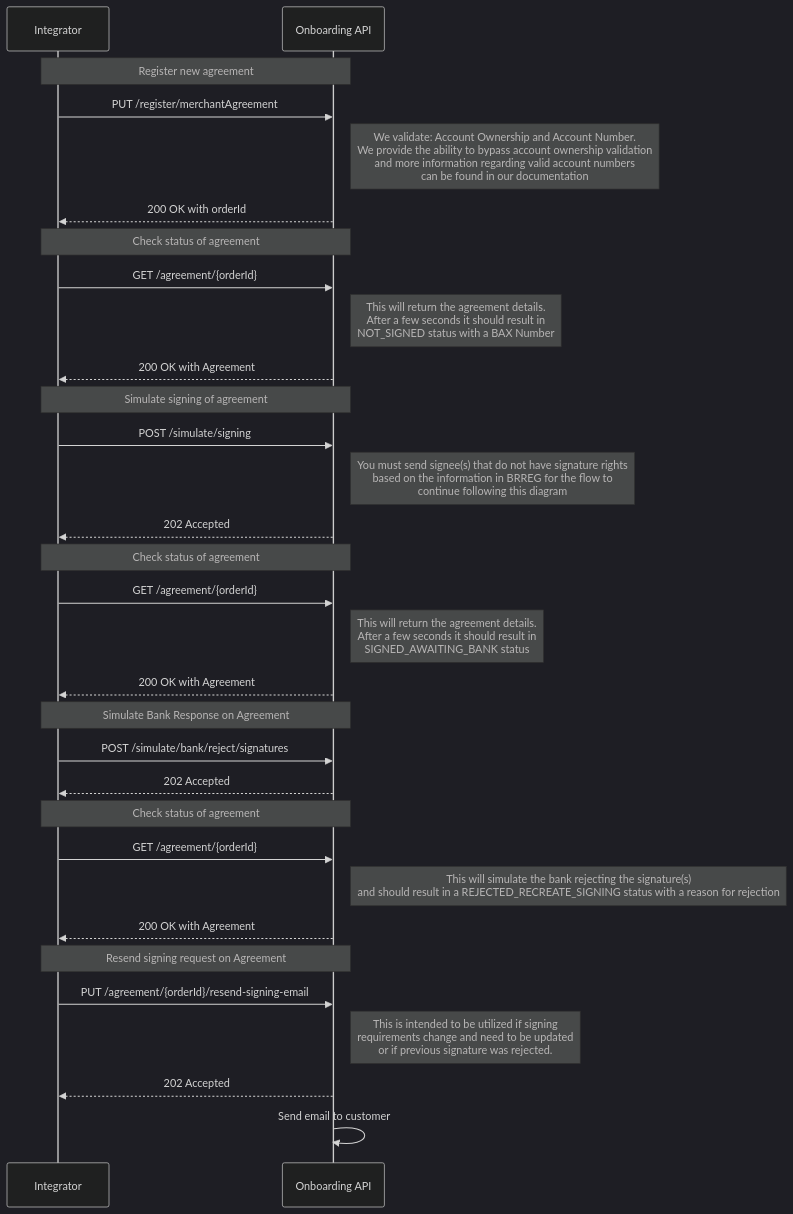
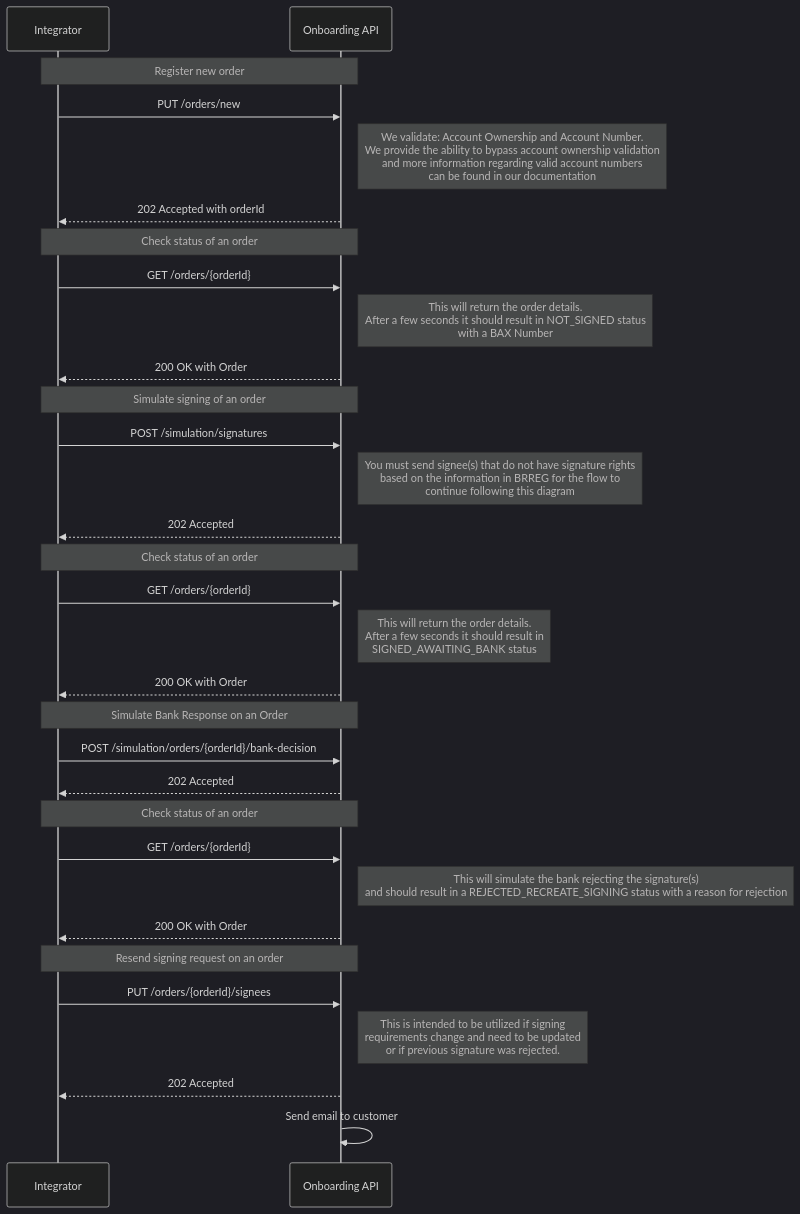
One commit to BankAxept/bankaxept-onboarding-external-documentation changed the third of 3 diagrams in docs/test_flows.md. Above: the diagram before and after it, drawn with Mermaid (dark theme). The commit also changed other lines of this file and 3 other files, not shown here.

````diff
--- a/docs/test_flows.md
+++ b/docs/test_flows.md
@@ -70,41 +70,41 @@
 ```mermaid
 sequenceDiagram
 participant I as Integrator
 participant O as Onboarding API
 
-note over I, O: Register new agreement
-I ->> O: PUT /register/merchantAgreement
+note over I, O: Register new order
+I ->> O: PUT /orders/new
 note right of O: We validate: Account Ownership and Account Number. <br/> We provide the ability to bypass account ownership validation <br/> and more information regarding valid account numbers <br/> can be found in our documentation
-O -->> I: 200 OK with orderId
+O -->> I: 202 Accepted with orderId
 
-note over I, O: Check status of agreement
-I ->> O: GET /agreement/{orderId}
-note right of O: This will return the agreement details. <br/> After a few seconds it should result in <br/> NOT_SIGNED status with a BAX Number
-O -->> I: 200 OK with Agreement
+note over I, O: Check status of an order
+I ->> O : GET /orders/{orderId}
+note right of O: This will return the order details. <br/> After a few seconds it should result in NOT_SIGNED status <br/> with a BAX Number
+O -->> I: 200 OK with Order
 
-note over I, O: Simulate signing of agreement
-I ->> O: POST /simulate/signing
+note over I, O: Simulate signing of an order
+I ->> O: POST /simulation/signatures
 note right of O: You must send signee(s) that do not have signature rights <br/> based on the information in BRREG for the flow to <br/> continue following this diagram
 O -->> I: 202 Accepted
 
-note over I, O: Check status of agreement
-I ->> O: GET /agreement/{orderId}
-note right of O: This will return the agreement details. <br/> After a few seconds it should result in <br/> SIGNED_AWAITING_BANK status
-O -->> I: 200 OK with Agreement
+note over I, O: Check status of an order
+I ->> O : GET /orders/{orderId}
+note right of O: This will return the order details. <br/> After a few seconds it should result in <br/> SIGNED_AWAITING_BANK status
+O -->> I: 200 OK with Order
 
-note over I, O: Simulate Bank Response on Agreement
-I ->> O: POST /simulate/bank/reject/signatures
+note over I, O: Simulate Bank Response on an Order
+I ->> O: POST /simulation/orders/{orderId}/bank-decision
 O -->> I: 202 Accepted
 
-note over I, O: Check status of agreement
-I ->> O: GET /agreement/{orderId}
+note over I, O: Check status of an order
+I ->> O : GET /orders/{orderId}
 note right of O: This will simulate the bank rejecting the signature(s) <br/> and should result in a REJECTED_RECREATE_SIGNING status with a reason for rejection
-O -->> I: 200 OK with Agreement
+O -->> I: 200 OK with Order
 
-note over I, O: Resend signing request on Agreement
-I ->> O: PUT /agreement/{orderId}/resend-signing-email
+note over I, O: Resend signing request on an order
+I ->> O: PUT /orders/{orderId}/signees
 note right of O: This is intended to be utilized if signing <br/> requirements change and need to be updated <br/> or if previous signature was rejected.
 
 O -->> I: 202 Accepted
 O ->> O: Send email to customer
 ```
````
